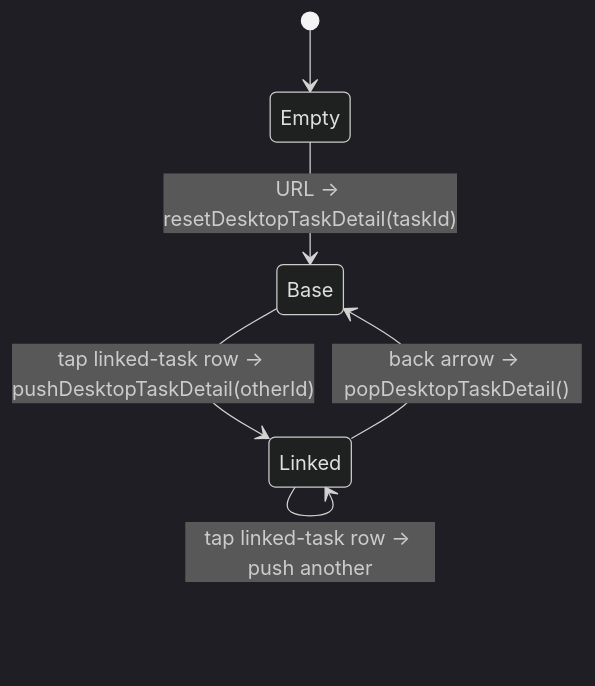
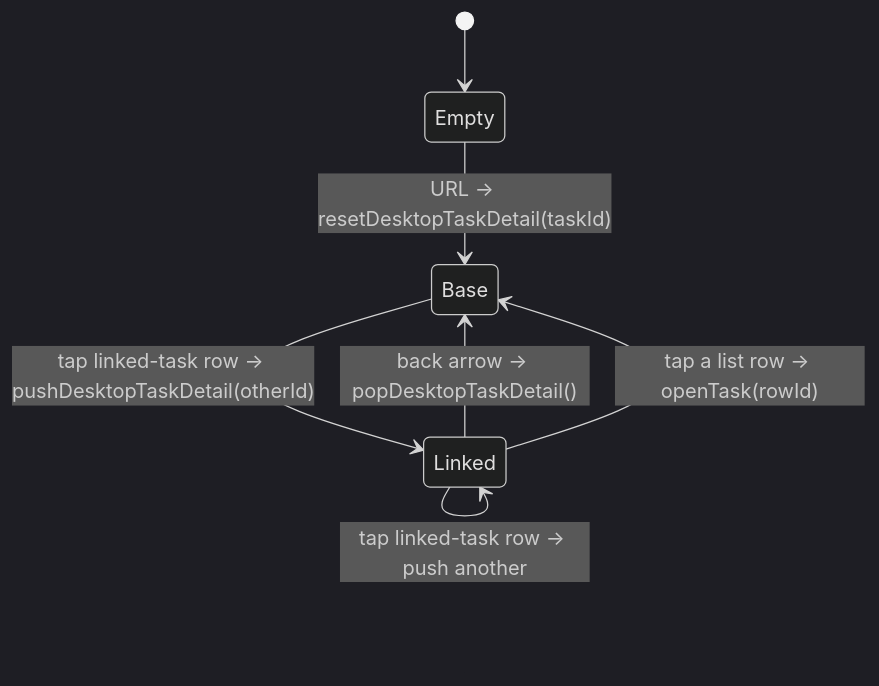
One commit to matthiasn/lotti changed the second of 4 diagrams in knowledge/features/tasks/overview.md. Above: the diagram before and after it, drawn with Mermaid (dark theme). The commit also changed other lines of this file and 4 other files, not shown here.

First line of the commit message:
fix(tasks): task list tap opens the task under a linked one on desktop

````diff
--- a/knowledge/features/tasks/overview.md
+++ b/knowledge/features/tasks/overview.md
@@ -84,8 +84,9 @@
 ```mermaid
 stateDiagram-v2
   [*] --> Empty
   Empty --> Base: URL → resetDesktopTaskDetail(taskId)
   Base --> Linked: tap linked-task row → pushDesktopTaskDetail(otherId)
   Linked --> Linked: tap linked-task row → push another
   Linked --> Base: back arrow → popDesktopTaskDetail()
+  Linked --> Base: tap a list row → openTask(rowId)
 ```
````
